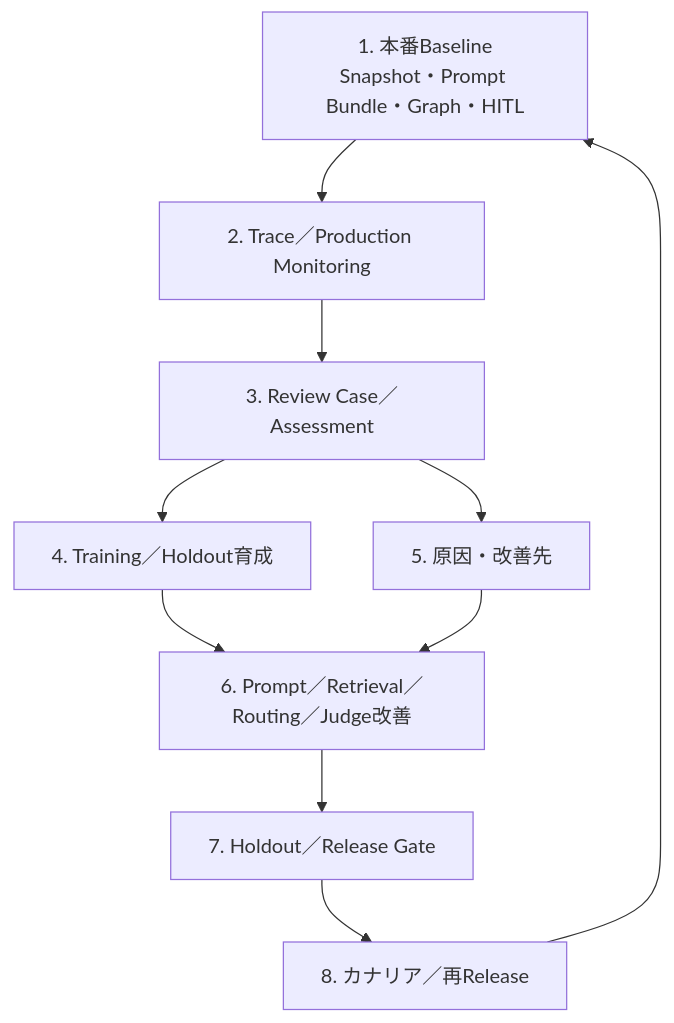
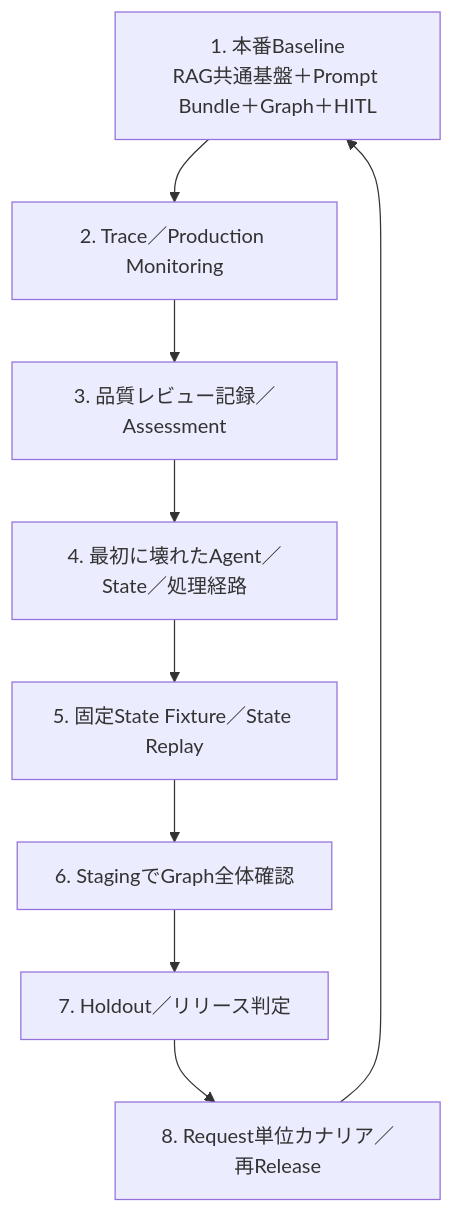
Before and after one commit to junTaniguchi/llm_ops: diagram 14 of 17 in 技術レポート作成マルチエージェント_完成版.md, drawn with Mermaid. The commit also changed other lines of this file, not shown here.

````diff
--- a/技術レポート作成マルチエージェント_完成版.md
+++ b/技術レポート作成マルチエージェント_完成版.md
@@ -2949,11 +2884,10 @@
 ```mermaid
 flowchart TD
-    BASE["1. 本番Baseline<br/>Snapshot・Prompt Bundle・Graph・HITL"] --> MON["2. Trace／Production Monitoring"]
-    MON --> REV["3. Review Case／Assessment"]
-    REV --> DS["4. Training／Holdout育成"]
-    REV --> CAUSE["5. 原因・改善先"]
-    DS --> IMP["6. Prompt／Retrieval／Routing／Judge改善"]
-    CAUSE --> IMP
-    IMP --> GATE["7. Holdout／Release Gate"]
-    GATE --> CAN["8. カナリア／再Release"] --> BASE
+    BASE["1. 本番Baseline<br/>RAG共通基盤＋Prompt Bundle＋Graph＋HITL"] --> MON["2. Trace／Production Monitoring"]
+    MON --> REV["3. 品質レビュー記録／Assessment"]
+    REV --> CAUSE["4. 最初に壊れたAgent／State／処理経路"]
+    CAUSE --> FIX["5. 固定State Fixture／State Replay"]
+    FIX --> STG["6. StagingでGraph全体確認"]
+    STG --> GATE["7. Holdout／リリース判定"]
+    GATE --> CAN["8. Request単位カナリア／再Release"] --> BASE
 ```
````
